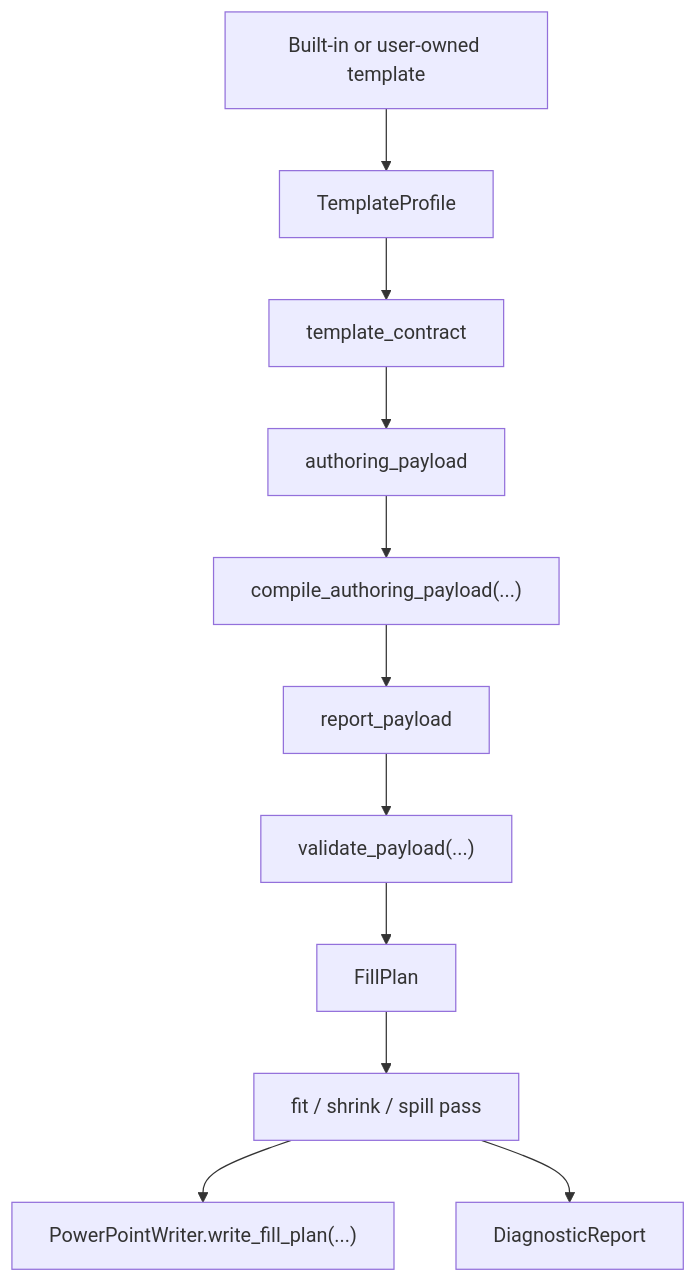
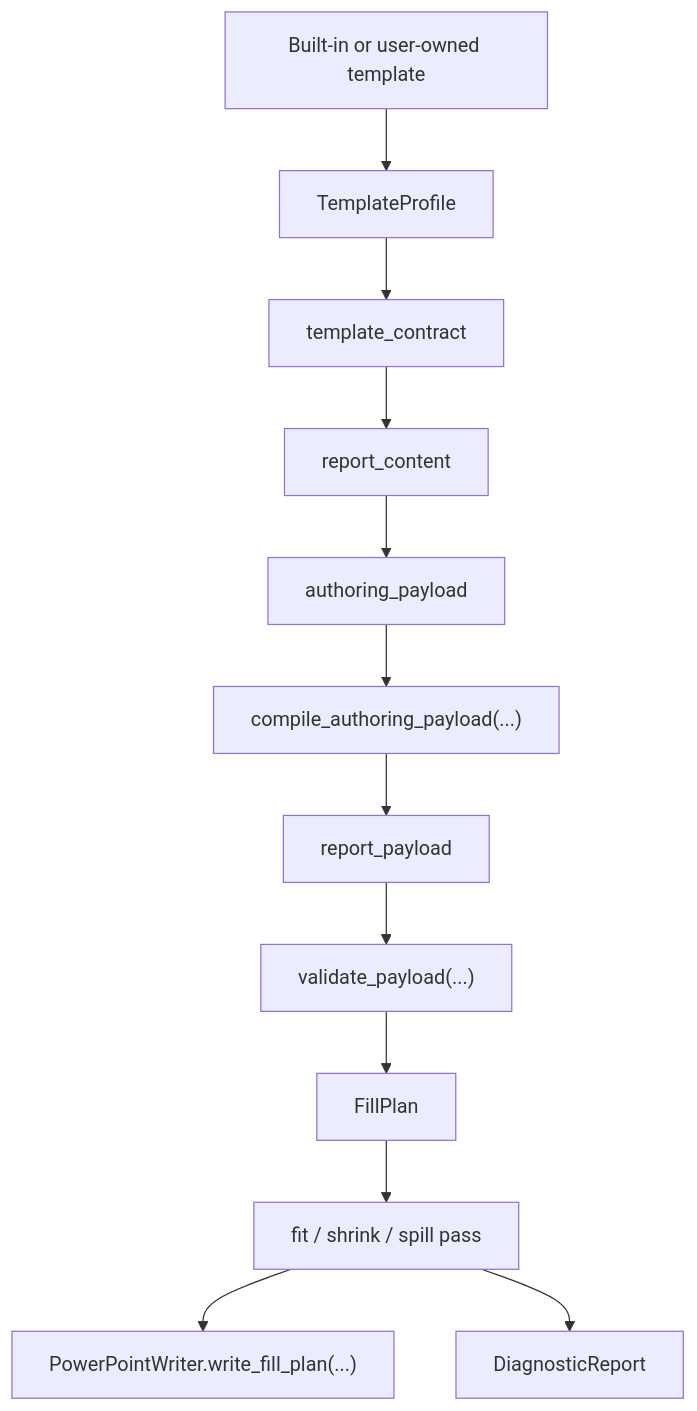
Before and after one commit to tubtrb/autoreport: the diagram in docs/architecture/template-aware-autofill-engine.md, drawn with Mermaid. The commit also changed other lines of this file and 19 other files, not shown here.

````diff
--- a/docs/architecture/template-aware-autofill-engine.md
+++ b/docs/architecture/template-aware-autofill-engine.md
@@ -31,13 +32,14 @@
 ```mermaid
 flowchart TD
     TEMPLATE["Built-in or user-owned template"] --> PROFILE["TemplateProfile"]
     PROFILE --> CONTRACT["template_contract"]
-    CONTRACT --> AUTHOR["authoring_payload"]
+    CONTRACT --> DRAFT["report_content"]
+    DRAFT --> AUTHOR["authoring_payload"]
     AUTHOR --> COMPILE["compile_authoring_payload(...)"]
     COMPILE --> PAYLOAD["report_payload"]
     PAYLOAD --> VALIDATE["validate_payload(...)"]
     VALIDATE --> PLAN["FillPlan"]
     PLAN --> FIT["fit / shrink / spill pass"]
     FIT --> WRITE["PowerPointWriter.write_fill_plan(...)"]
     FIT --> DIAG["DiagnosticReport"]
 ```
````
